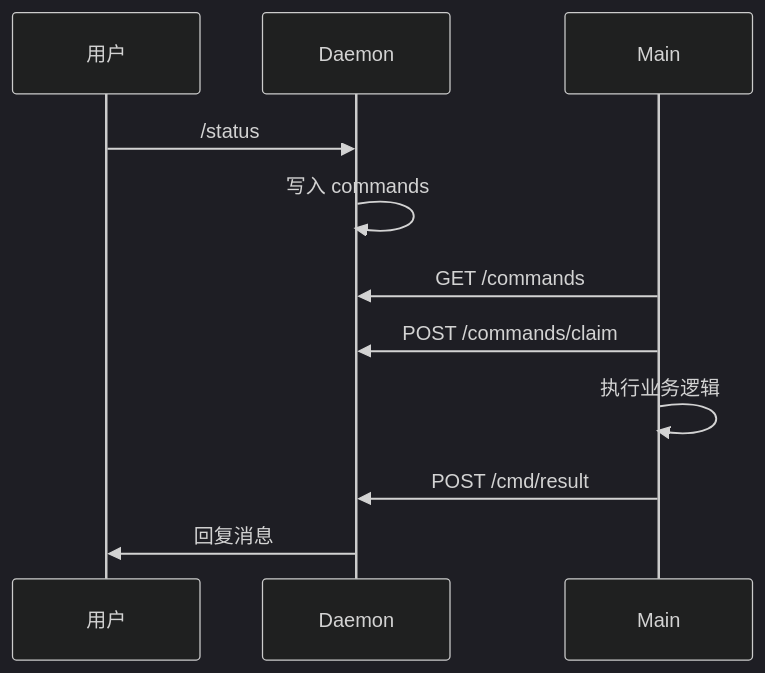
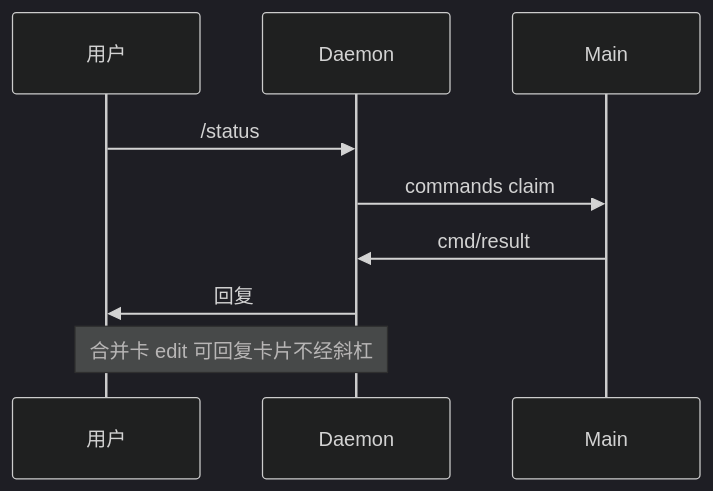
Before and after one commit to lk-eternal/cursor-claw: the diagram in knowledge/业务域/Agent调度/04-远程指令.md, drawn with Mermaid (dark theme). The commit also changed other lines of this file and 33 other files, not shown here.

````diff
--- a/knowledge/业务域/Agent调度/04-远程指令.md
+++ b/knowledge/业务域/Agent调度/04-远程指令.md
@@ -36,13 +38,11 @@
 ```mermaid
 sequenceDiagram
   participant U as 用户
   participant D as Daemon
   participant M as Main
   U->>D: /status
-  D->>D: 写入 commands
-  M->>D: GET /commands
-  M->>D: POST /commands/claim
-  M->>M: 执行业务逻辑
-  M->>D: POST /cmd/result
-  D->>U: 回复消息
+  D->>M: commands claim
+  M->>D: cmd/result
+  D->>U: 回复
+  Note over U,D: 合并卡 edit 可回复卡片不经斜杠
 ```
````
